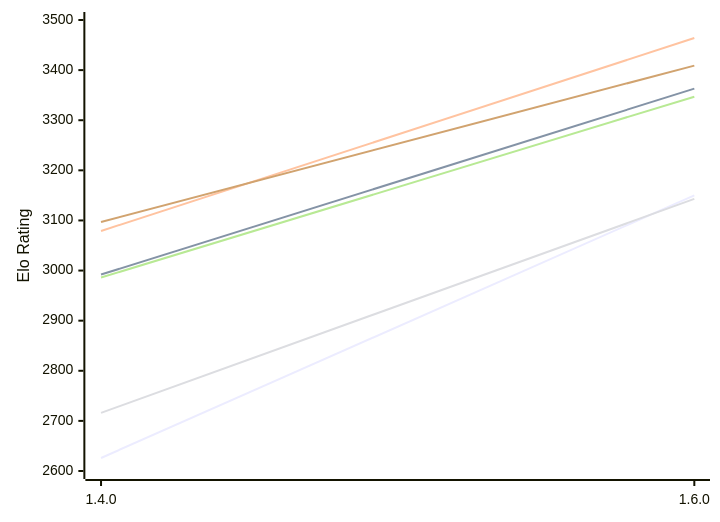
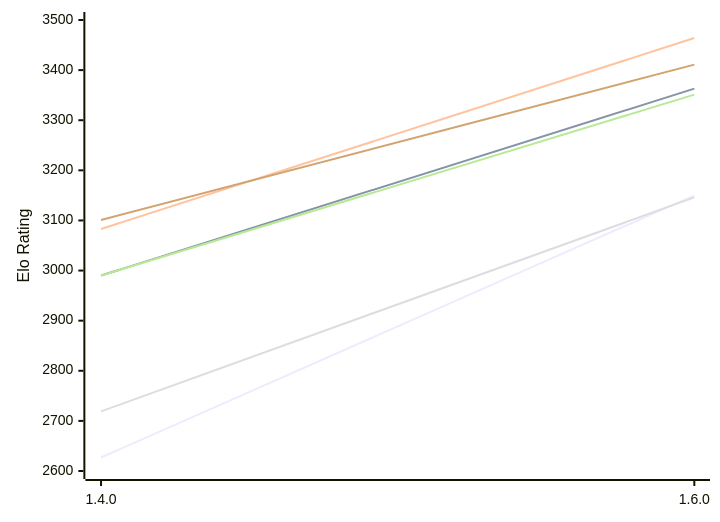
Before and after one commit to computer-chess-index/cci: the first of 2 diagrams in engines/Gyatso.md, drawn with Mermaid. The commit also changed other lines of this file, not shown here.

Commit message:
Update CCI Ratings (ELO VLTC) - 2026-11-24

````diff
--- a/engines/Gyatso.md
+++ b/engines/Gyatso.md
@@ -53,12 +53,12 @@
 ```mermaid
 %%{init: {"theme":"base","themeVariables":{"seriesColors:['#a3a3a3','#222221','#faa371']}}}%%
 xychart-beta
   x-axis ["1.4.0", "1.6.0"]
   y-axis "Elo Rating" 2600 --> 3500
-  line "E1: STC (8.0+0.08s)" [2626, 3150]
-  line "E1: LTC (60.0+0.60s)" [2992, 3363]
-  line "E1: VLTC (2m24s+1.12s)" [3079, 3464]
-  line "P1: STC (8.0+0.08s)" [2716, 3143]
-  line "P1: LTC (60.0+0.60s)" [2986, 3347]
-  line "P1: VLTC (2m24s+1.12s)" [3097, 3409]
+  line "E1: STC (8.0+0.08s)" [2627, 3150]
+  line "E1: LTC (60.0+0.60s)" [2990, 3363]
+  line "E1: VLTC (2m24s+1.12s)" [3083, 3464]
+  line "P1: STC (8.0+0.08s)" [2719, 3146]
+  line "P1: LTC (60.0+0.60s)" [2990, 3351]
+  line "P1: VLTC (2m24s+1.12s)" [3101, 3411]
 ```
````
